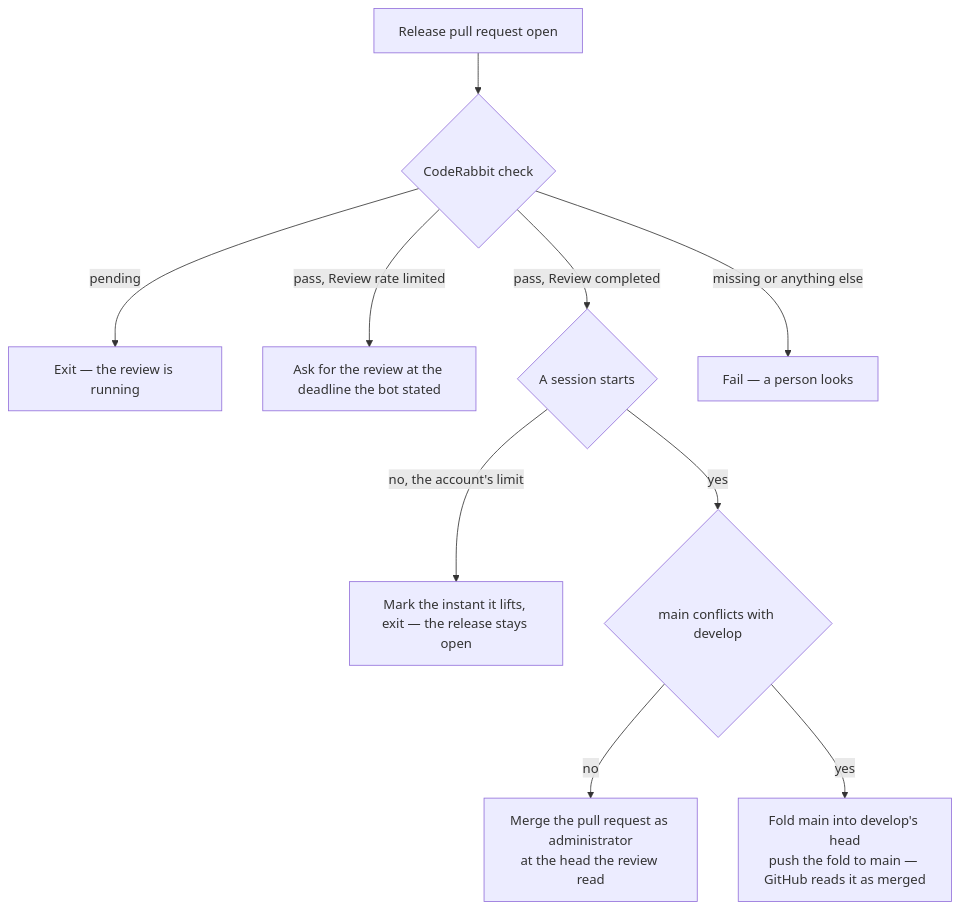
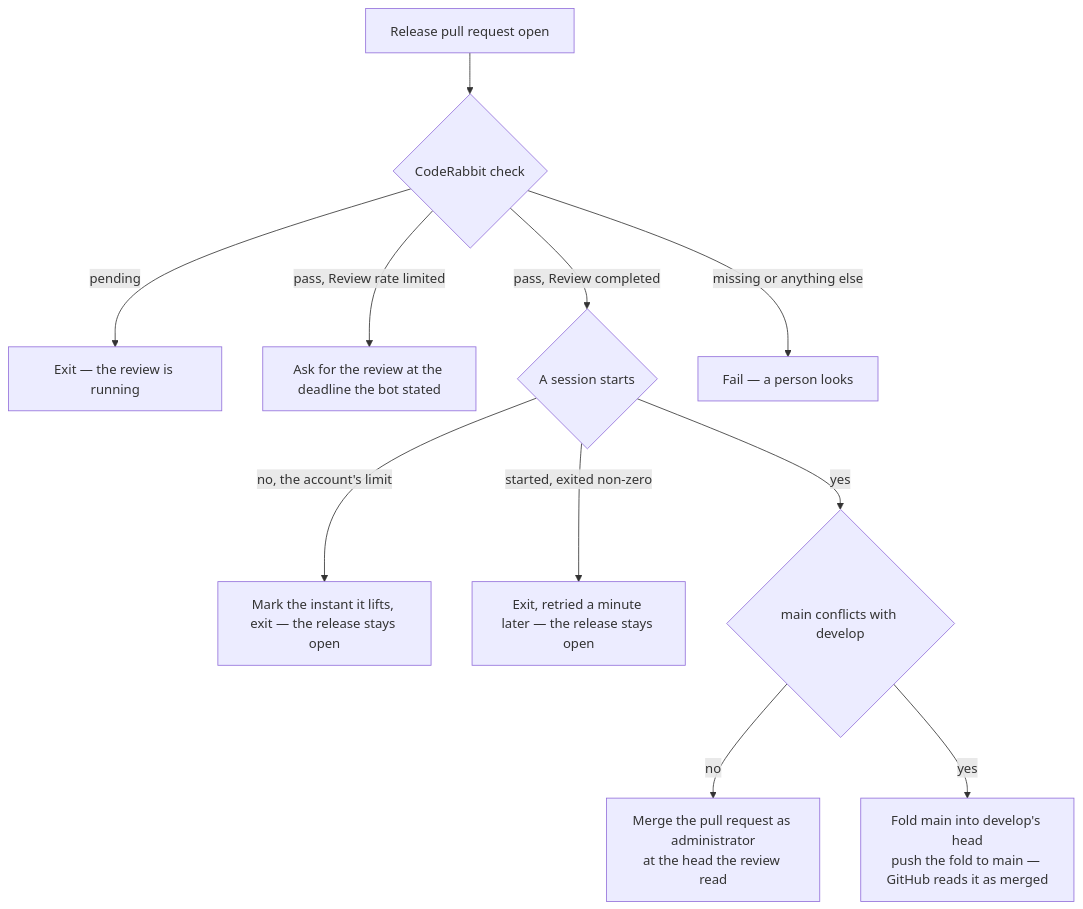
One commit to Esposter/Esposter changed the first of 3 diagrams in apps/web/content/docs/infra/review-collector/collection-cycle.md. Above: the diagram before and after it, drawn with Mermaid. The commit also changed other lines of this file and 5 other files, not shown here.

First line of the commit message:
fix(scripts): a session probe that exits non-zero holds the release open, retried a minute later

````diff
--- a/apps/web/content/docs/infra/review-collector/collection-cycle.md
+++ b/apps/web/content/docs/infra/review-collector/collection-cycle.md
@@ -41,12 +41,13 @@
 ```mermaid
 flowchart TD
   S[Release pull request open] --> ST{CodeRabbit check}
   ST -->|pending| X1[Exit — the review is running]
   ST -->|pass, Review rate limited| RL[Ask for the review at the deadline the bot stated]
   ST -->|pass, Review completed| PB{A session starts}
   ST -->|missing or anything else| X2[Fail — a person looks]
   PB -->|no, the account's limit| X3[Mark the instant it lifts, exit — the release stays open]
+  PB -->|started, exited non-zero| X4[Exit, retried a minute later — the release stays open]
   PB -->|yes| FC{main conflicts with develop}
   FC -->|no| MG[Merge the pull request as administrator<br/>at the head the review read]
   FC -->|yes| FR[Fold main into develop's head<br/>push the fold to main — GitHub reads it as merged]
 ```
````
